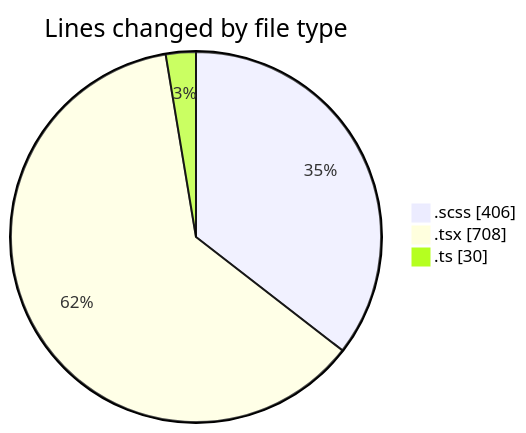
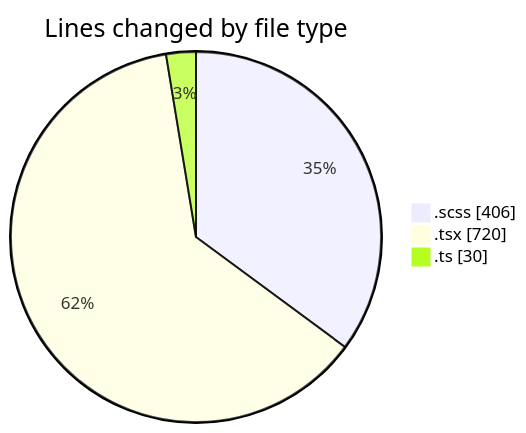
The first of 2 diagrams in 2025-02-27/cda/README.md (momahboobian/code-tracking), drawn with Mermaid before and after one commit. The commit also changed other lines of this file and 1 other file, not shown here.

````diff
--- a/2025-02-27/cda/README.md
+++ b/2025-02-27/cda/README.md
@@ -30,7 +30,7 @@
 ```mermaid
 pie showData
 title Lines changed by file type
 ".scss" : 406
-".tsx" : 708
+".tsx" : 720
 ".ts" : 30
 ```
````
